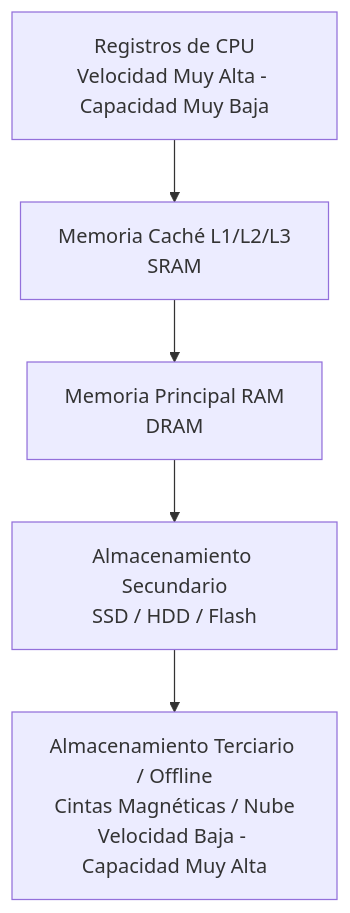
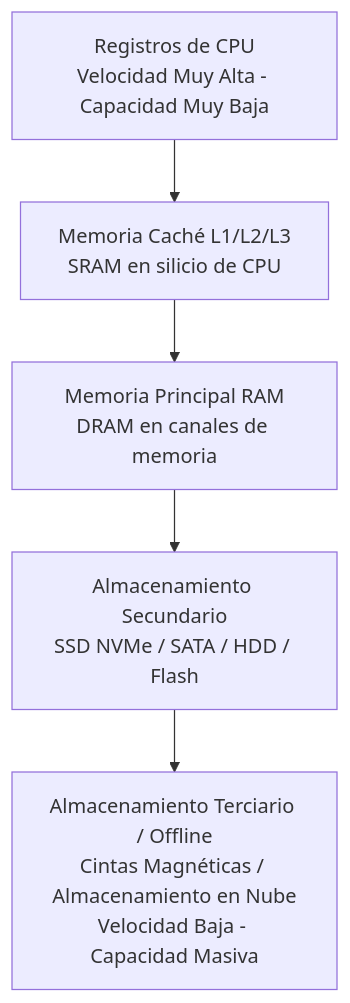
The first of 2 diagrams in Obsidian/pregrado/Documentos/Arquitectura de computadores/Funcionamiento del Sistema de Memoria.md (kalech7/notes), drawn with Mermaid before and after one commit. The commit also changed other lines of this file and 7 other files, not shown here.

````diff
--- a/Obsidian/pregrado/Documentos/Arquitectura de computadores/Funcionamiento del Sistema de Memoria.md
+++ b/Obsidian/pregrado/Documentos/Arquitectura de computadores/Funcionamiento del Sistema de Memoria.md
@@ -10,7 +43,7 @@
 ```mermaid
 graph TD
-    A[Registros de CPU\nVelocidad Muy Alta - Capacidad Muy Baja] --> B[Memoria Caché L1/L2/L3\nSRAM]
-    B --> C[Memoria Principal RAM\nDRAM]
-    C --> D[Almacenamiento Secundario\nSSD / HDD / Flash]
-    D --> E[Almacenamiento Terciario / Offline\nCintas Magnéticas / Nube\nVelocidad Baja - Capacidad Muy Alta]
+    A[Registros de CPU\nVelocidad Muy Alta - Capacidad Muy Baja] --> B[Memoria Caché L1/L2/L3\nSRAM en silicio de CPU]
+    B --> C[Memoria Principal RAM\nDRAM en canales de memoria]
+    C --> D[Almacenamiento Secundario\nSSD NVMe / SATA / HDD / Flash]
+    D --> E[Almacenamiento Terciario / Offline\nCintas Magnéticas / Almacenamiento en Nube\nVelocidad Baja - Capacidad Masiva]
 ```
````
